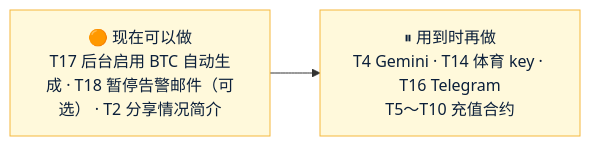
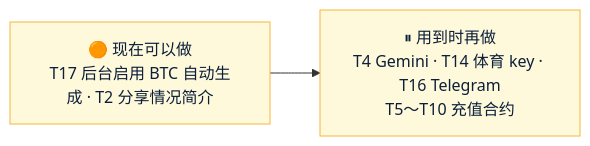
The diagram in Amos待办.md (dollar3651314/forecast), drawn with Mermaid before and after one commit. The commit also changed other lines of this file, not shown here.

````diff
--- a/Amos待办.md
+++ b/Amos待办.md
@@ -10,6 +10,6 @@
 ```mermaid
 flowchart LR
-    T["🟠 现在可以做<br/>T17 后台启用 BTC 自动生成 · T18 暂停告警邮件（可选） · T2 分享情况简介"] --> D["⏸ 用到时再做<br/>T4 Gemini · T14 体育 key · T16 Telegram<br/>T5～T10 充值合约"]
+    T["🟠 现在可以做<br/>T17 后台启用 BTC 自动生成 · T2 分享情况简介"] --> D["⏸ 用到时再做<br/>T4 Gemini · T14 体育 key · T16 Telegram<br/>T5～T10 充值合约"]
     classDef amos fill:#FFF9DB,stroke:#F5B83D,color:#0B1F3A
     class T,D amos
 ```
````
